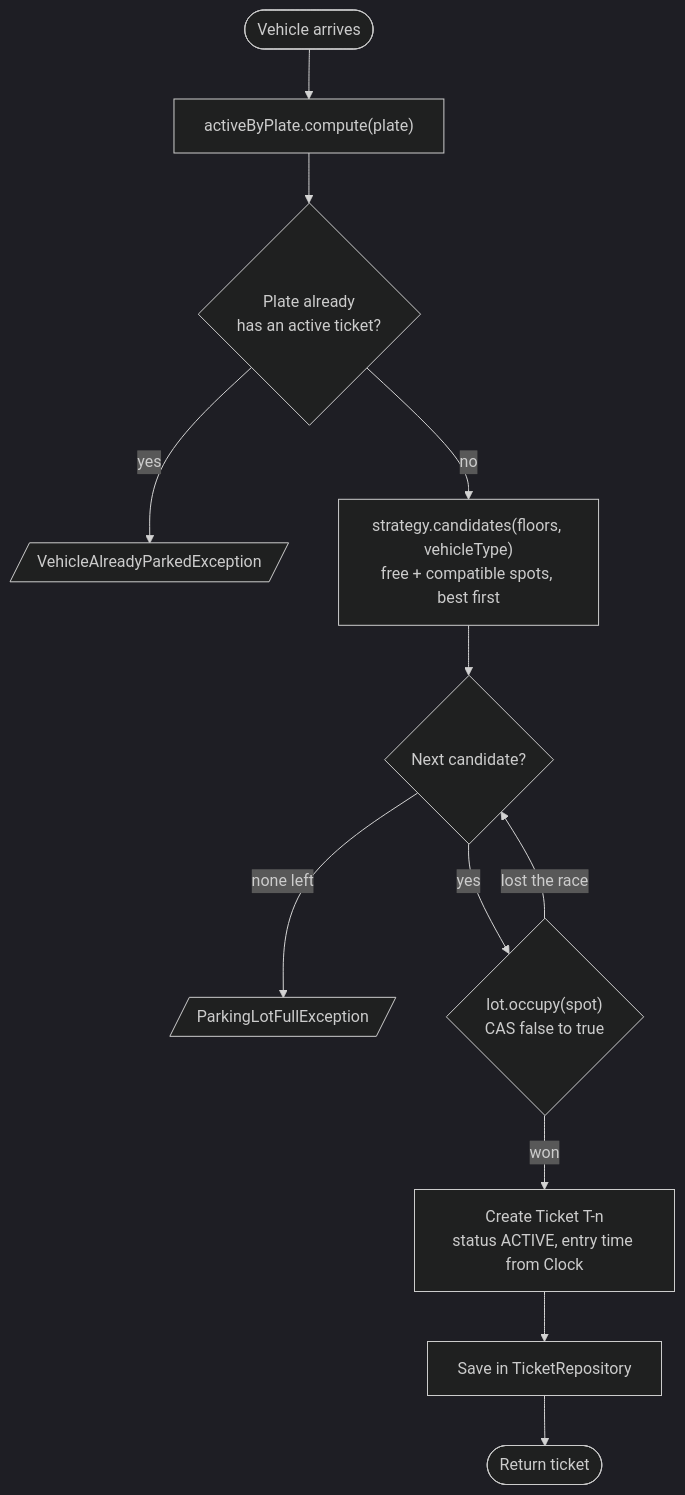
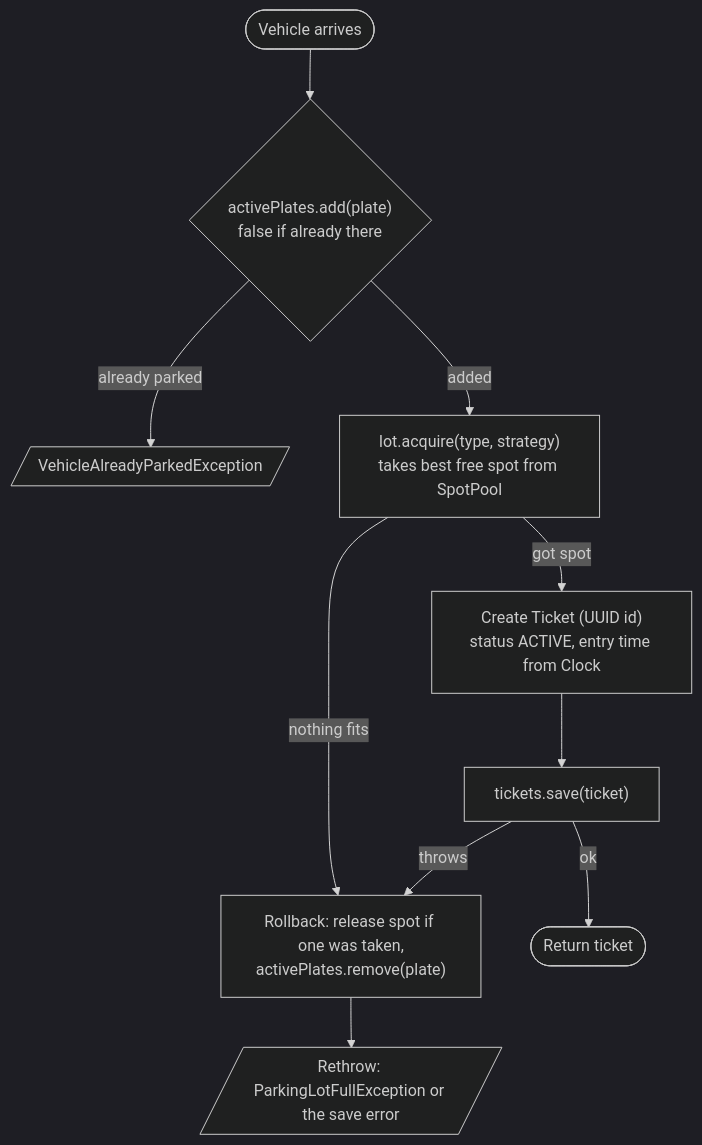
One commit to siddharanjan/ParkingLotSystem changed the second of 8 diagrams in docs/FLOWS.md. Above: the diagram before and after it, drawn with Mermaid (dark theme). The commit also changed other lines of this file and 17 other files, not shown here.

````diff
--- a/docs/FLOWS.md
+++ b/docs/FLOWS.md
@@ -63,14 +70,12 @@
 ```mermaid
 flowchart TD
-    A([Vehicle arrives]) --> B["activeByPlate.compute(plate)"]
-    B --> C{Plate already<br/>has an active ticket?}
-    C -- yes --> X1[/VehicleAlreadyParkedException/]
-    C -- no --> D["strategy.candidates(floors, vehicleType)<br/>free + compatible spots, best first"]
-    D --> E{Next candidate?}
-    E -- none left --> X2[/ParkingLotFullException/]
-    E -- yes --> F{"lot.occupy(spot)<br/>CAS false to true"}
-    F -- lost the race --> E
-    F -- won --> G["Create Ticket T-n<br/>status ACTIVE, entry time from Clock"]
-    G --> H[Save in TicketRepository]
-    H --> I([Return ticket])
+    A([Vehicle arrives]) --> B{"activePlates.add(plate)<br/>false if already there"}
+    B -- already parked --> X1[/VehicleAlreadyParkedException/]
+    B -- added --> D["lot.acquire(type, strategy)<br/>takes best free spot from SpotPool"]
+    D -- nothing fits --> R
+    D -- got spot --> G["Create Ticket (UUID id)<br/>status ACTIVE, entry time from Clock"]
+    G --> H["tickets.save(ticket)"]
+    H -- throws --> R
+    H -- ok --> I([Return ticket])
+    R["Rollback: release spot if one was taken,<br/>activePlates.remove(plate)"] --> X2[/Rethrow: ParkingLotFullException or the save error/]
 ```
````
